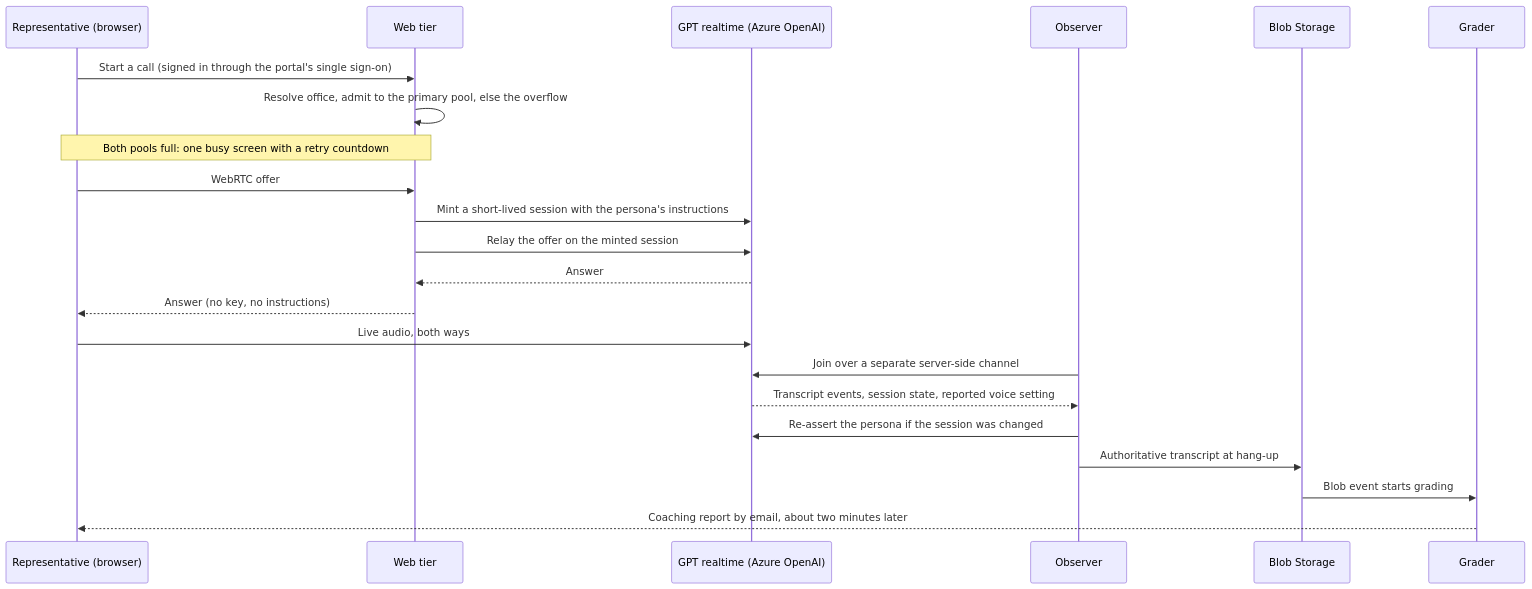
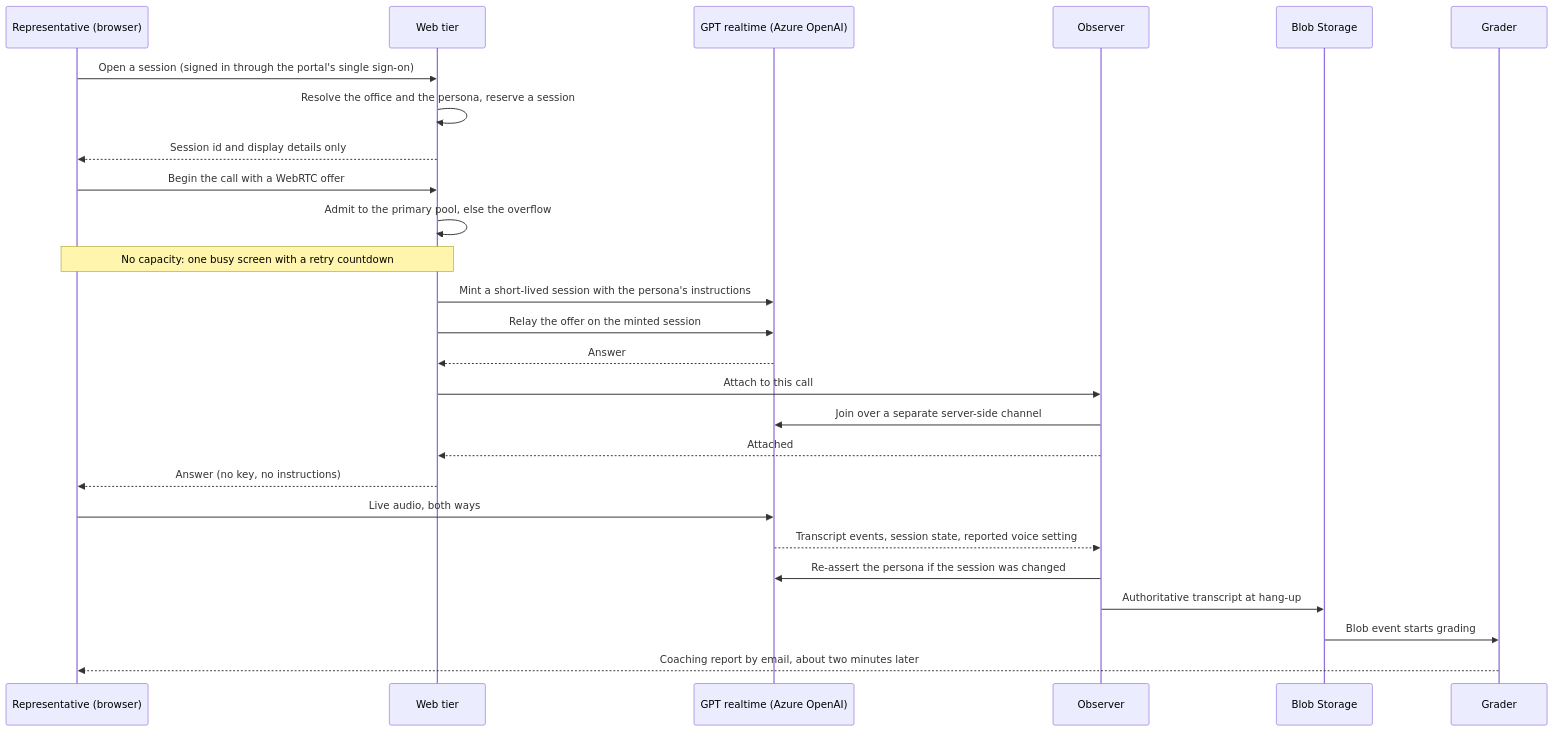
Before and after one commit to AIJSAI/connect-voice-ai-showcase: the diagram in docs/architecture.md, drawn with Mermaid. The commit also changed other lines of this file and 1 other file, not shown here.

Commit message:
docs: align the README and architecture diagrams with the two-step call setup (checkpoint)

````diff
--- a/docs/architecture.md
+++ b/docs/architecture.md
@@ -19,25 +19,29 @@
 ```mermaid
 sequenceDiagram
     participant B as Representative (browser)
     participant W as Web tier
     participant R as GPT realtime (Azure OpenAI)
     participant O as Observer
     participant S as Blob Storage
     participant G as Grader
 
-    B->>W: Start a call (signed in through the portal's single sign-on)
-    W->>W: Resolve office, admit to the primary pool, else the overflow
-    Note over B,W: Both pools full: one busy screen with a retry countdown
-    B->>W: WebRTC offer
+    B->>W: Open a session (signed in through the portal's single sign-on)
+    W->>W: Resolve the office and the persona, reserve a session
+    W-->>B: Session id and display details only
+    B->>W: Begin the call with a WebRTC offer
+    W->>W: Admit to the primary pool, else the overflow
+    Note over B,W: No capacity: one busy screen with a retry countdown
     W->>R: Mint a short-lived session with the persona's instructions
     W->>R: Relay the offer on the minted session
     R-->>W: Answer
+    W->>O: Attach to this call
+    O->>R: Join over a separate server-side channel
+    O-->>W: Attached
     W-->>B: Answer (no key, no instructions)
     B->>R: Live audio, both ways
-    O->>R: Join over a separate server-side channel
     R-->>O: Transcript events, session state, reported voice setting
     O->>R: Re-assert the persona if the session was changed
     O->>S: Authoritative transcript at hang-up
     S->>G: Blob event starts grading
     G-->>B: Coaching report by email, about two minutes later
 ```
````
